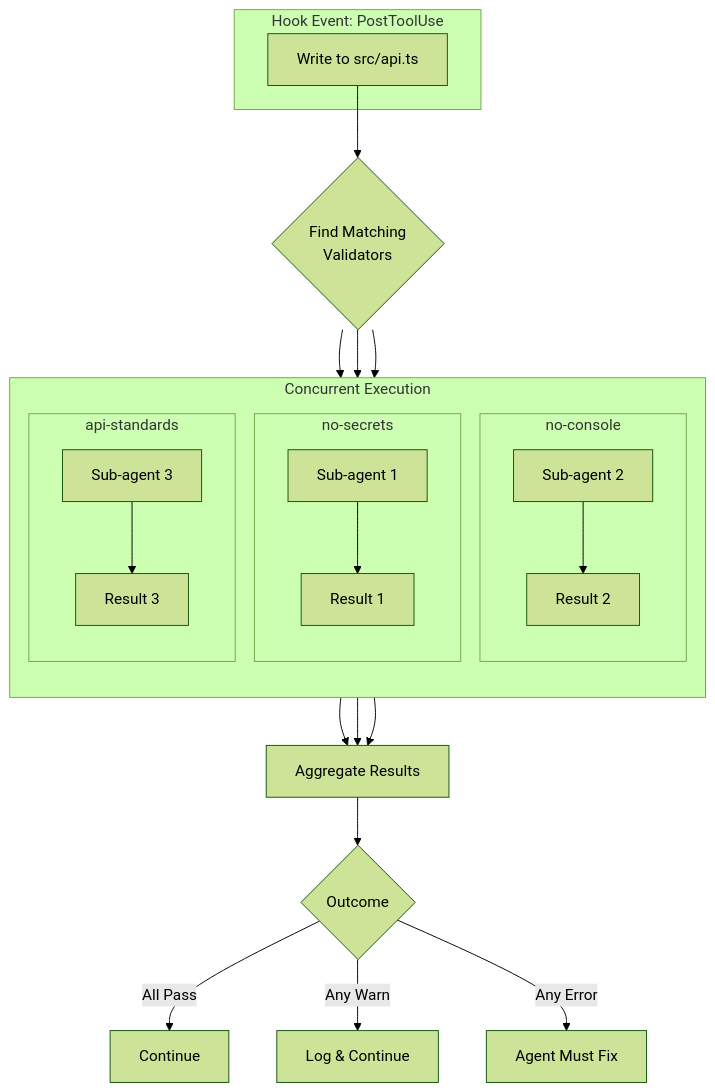
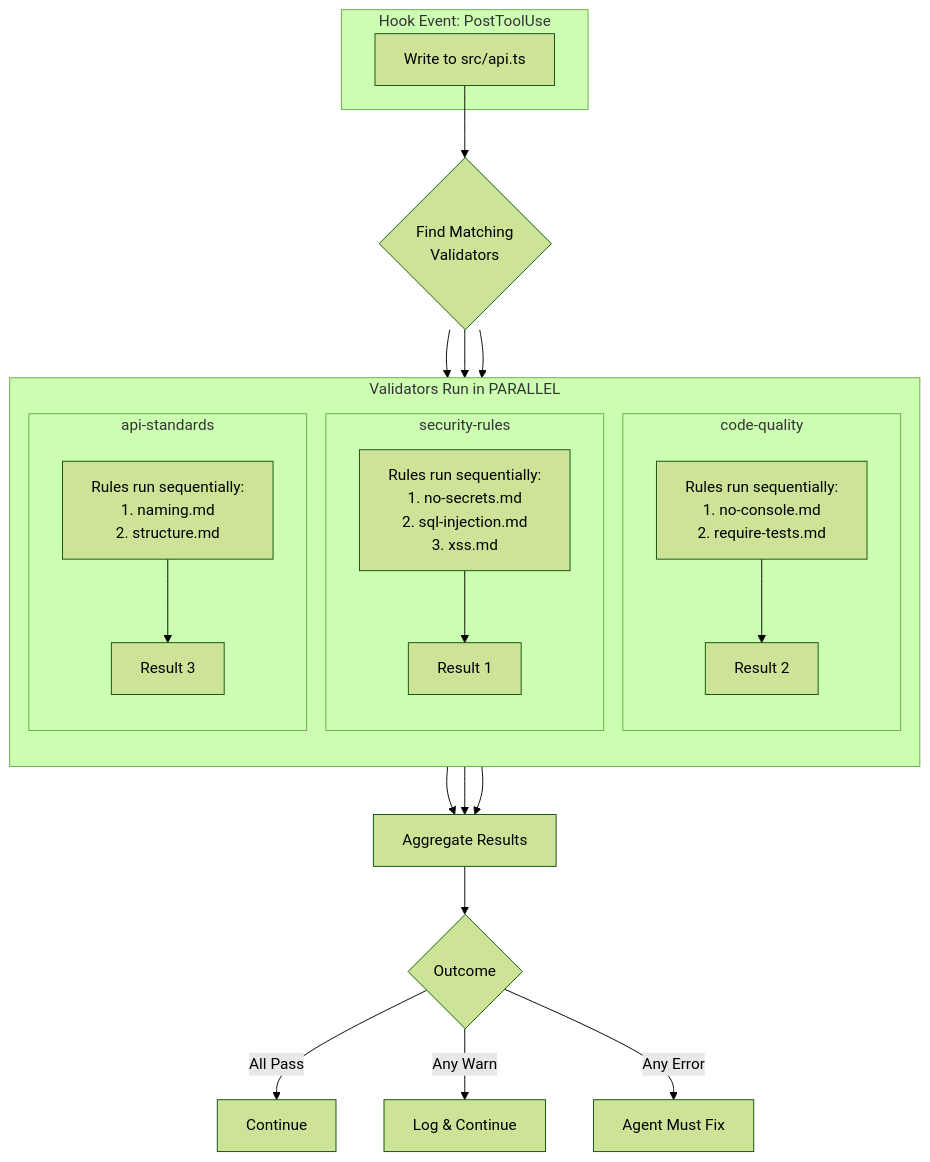
One commit to agentvalidatorprotocol/spec changed the second of 2 diagrams in docs/core-concepts/lifecycle.md. Above: the diagram before and after it, drawn with Mermaid (forest theme). The commit also changed other lines of this file and 13 other files, not shown here.

First line of the commit message:
feat: introduce RuleSet architecture for AVP 1.0

````diff
--- a/docs/core-concepts/lifecycle.md
+++ b/docs/core-concepts/lifecycle.md
@@ -58,30 +61,30 @@
 ```mermaid
 flowchart TB
     subgraph Hook["Hook Event: PostToolUse"]
         E[Write to src/api.ts]
     end
 
     E --> F{Find Matching<br/>Validators}
 
     F --> P1 & P2 & P3
 
-    subgraph Parallel["Concurrent Execution"]
+    subgraph Parallel["Validators Run in PARALLEL"]
         direction TB
-        subgraph V1["no-secrets"]
-            P1[Sub-agent 1] --> R1[Result 1]
+        subgraph V1["security-rules"]
+            P1[Rules run sequentially:<br/>1. no-secrets.md<br/>2. sql-injection.md<br/>3. xss.md] --> R1[Result 1]
         end
-        subgraph V2["no-console"]
-            P2[Sub-agent 2] --> R2[Result 2]
+        subgraph V2["code-quality"]
+            P2[Rules run sequentially:<br/>1. no-console.md<br/>2. require-tests.md] --> R2[Result 2]
         end
         subgraph V3["api-standards"]
-            P3[Sub-agent 3] --> R3[Result 3]
+            P3[Rules run sequentially:<br/>1. naming.md<br/>2. structure.md] --> R3[Result 3]
         end
     end
 
     R1 & R2 & R3 --> Agg[Aggregate Results]
 
     Agg --> Out{Outcome}
     Out -->|All Pass| Continue[Continue]
     Out -->|Any Warn| Warn[Log & Continue]
     Out -->|Any Error| Block[Agent Must Fix]
 ```
````
